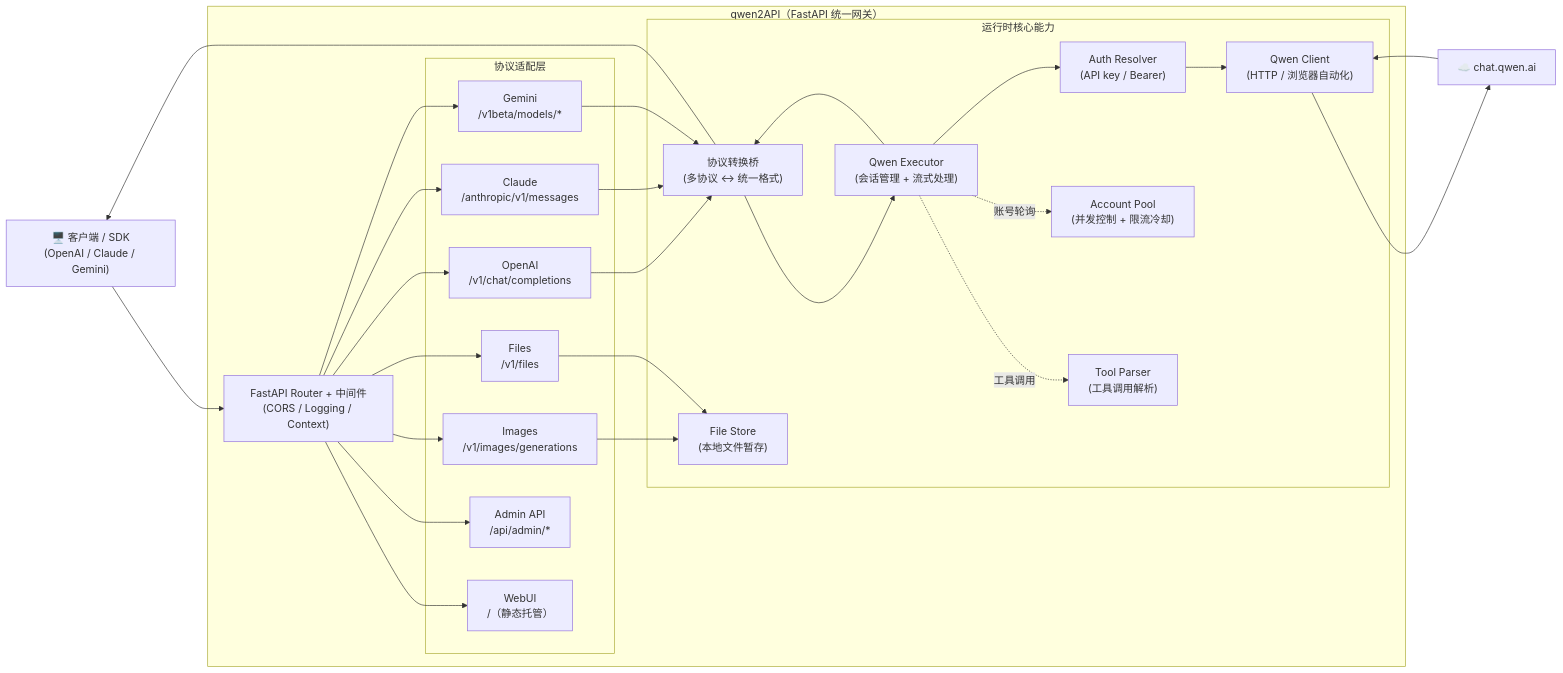
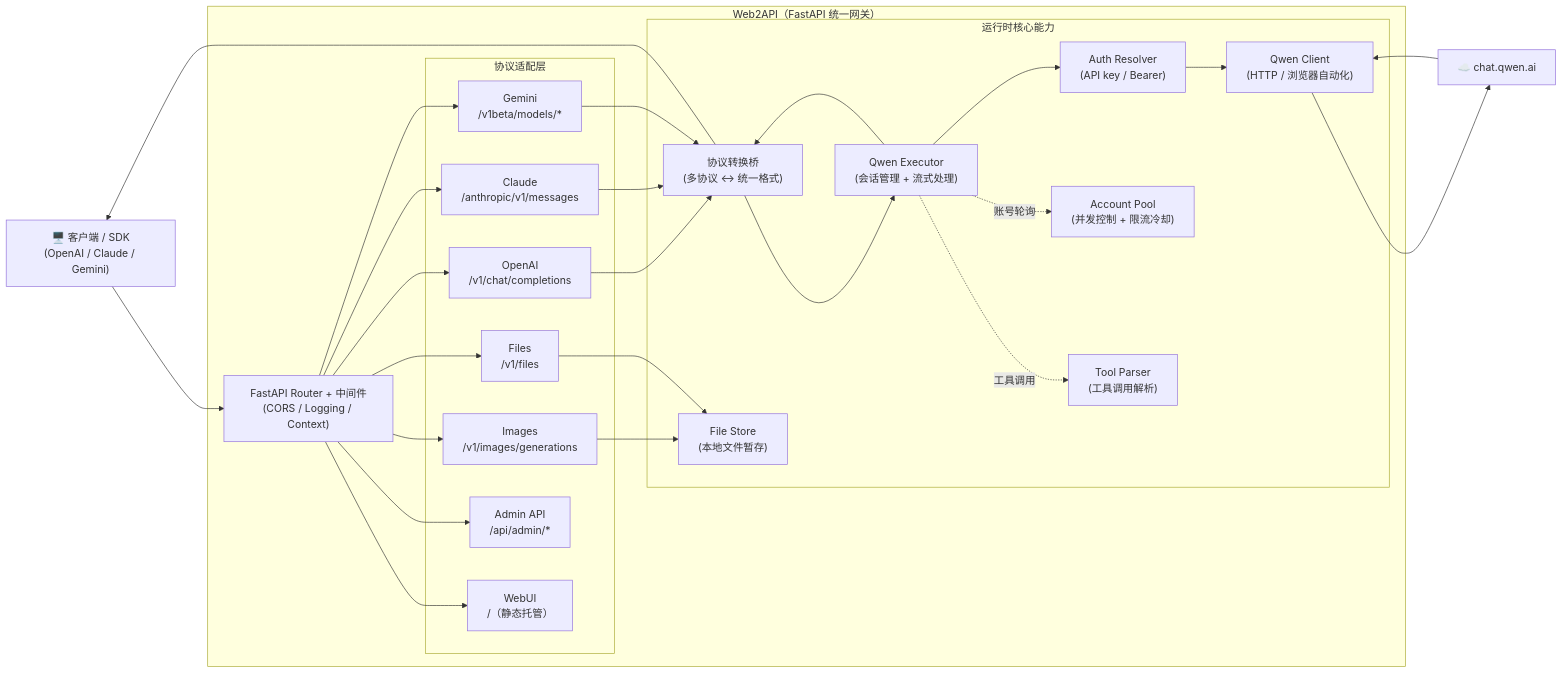
The diagram in README.md (ben2nn/Web2API), drawn with Mermaid before and after one commit. The commit also changed other lines of this file and 52 other files, not shown here.

First line of the commit message:
refactor: rename qwen2API to Web2API across the codebase

````diff
--- a/README.md
+++ b/README.md
@@ -62,46 +62,46 @@
 ```mermaid
 flowchart LR
     Client["🖥️ 客户端 / SDK\n(OpenAI / Claude / Gemini)"]
     Upstream["☁️ chat.qwen.ai"]
 
-    subgraph qwen2API["qwen2API（FastAPI 统一网关）"]
+    subgraph Web2API["Web2API（FastAPI 统一网关）"]
         Router["FastAPI Router + 中间件\n(CORS / Logging / Context)"]
 
         subgraph Adapters["协议适配层"]
             OA["OpenAI\n/v1/chat/completions"]
             CA["Claude\n/anthropic/v1/messages"]
             GA["Gemini\n/v1beta/models/*"]
             IA["Images\n/v1/images/generations"]
             FA["Files\n/v1/files"]
             Admin["Admin API\n/api/admin/*"]
             WebUI["WebUI\n/（静态托管）"]
         end
 
         subgraph Runtime["运行时核心能力"]
             Bridge["协议转换桥\n(多协议 <-> 统一格式)"]
             Executor["Qwen Executor\n(会话管理 + 流式处理)"]
             Auth["Auth Resolver\n(API key / Bearer)"]
             Pool["Account Pool\n(并发控制 + 限流冷却)"]
             QwenClient["Qwen Client\n(HTTP / 浏览器自动化)"]
             ToolParser["Tool Parser\n(工具调用解析)"]
             FileStore["File Store\n(本地文件暂存)"]
         end
     end
 
     Client --> Router
     Router --> OA & CA & GA & IA & FA
     Router --> Admin
     Router --> WebUI
 
     OA & CA & GA --> Bridge
     Bridge --> Executor
     Executor --> Auth
     Executor -.账号轮询.-> Pool
     Executor -.工具调用.-> ToolParser
     IA & FA --> FileStore
     Auth --> QwenClient
     QwenClient --> Upstream
     Upstream --> QwenClient
     Executor --> Bridge
     Bridge --> Client
 ```
````
